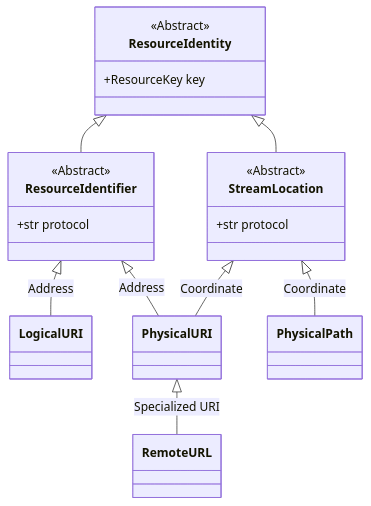
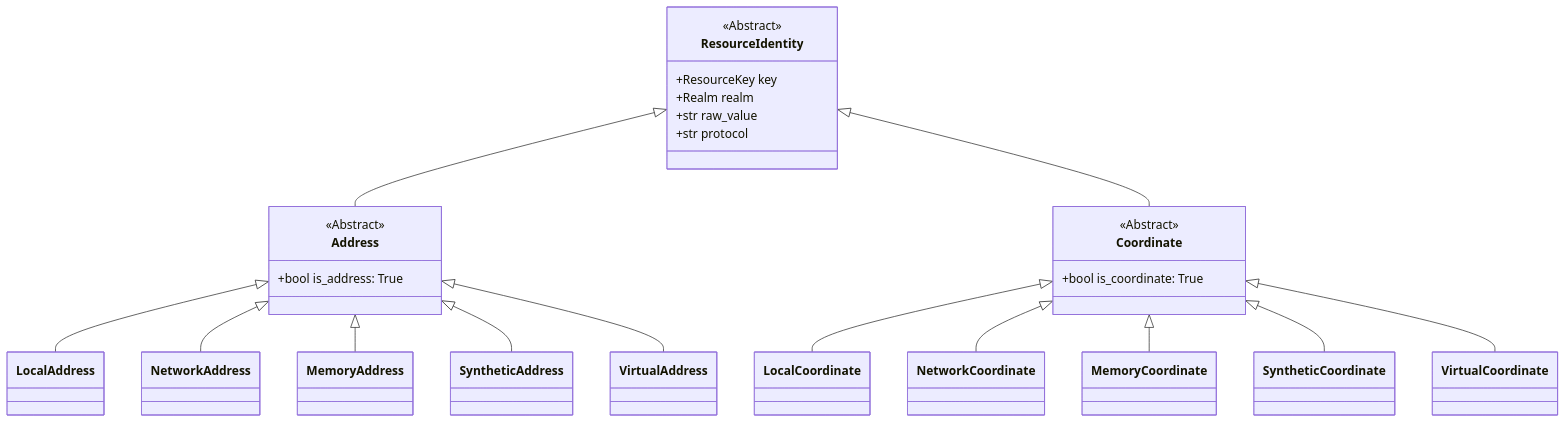
One commit to mnaatjes/etl-pipeline changed the diagram in docs/architecture/resource_identity_genealogy.md. Above: the diagram before and after it, drawn with Mermaid. The commit also changed other lines of this file and 19 other files, not shown here.

````diff
--- a/docs/architecture/resource_identity_genealogy.md
+++ b/docs/architecture/resource_identity_genealogy.md
@@ -11,33 +11,37 @@
 ```mermaid
 classDiagram
     class ResourceIdentity {
         <<Abstract>>
         +ResourceKey key
-    }
-
-    class ResourceIdentifier {
-        <<Abstract>>
+        +Realm realm
+        +str raw_value
         +str protocol
     }
 
-    class StreamLocation {
+    class Address {
         <<Abstract>>
-        +str protocol
+        +bool is_address: True
+    }
+
+    class Coordinate {
+        <<Abstract>>
+        +bool is_coordinate: True
     }
 
     %% Genealogy Hierarchy
-    ResourceIdentity <|-- ResourceIdentifier
-    ResourceIdentity <|-- StreamLocation
+    ResourceIdentity <|-- Address
+    ResourceIdentity <|-- Coordinate
 
-    %% Implementations (Addresses)
-    ResourceIdentifier <|-- LogicalURI : Address
-    
-    %% Dual-Nature (Hybrid)
-    ResourceIdentifier <|-- PhysicalURI : Address
-    StreamLocation <|-- PhysicalURI : Coordinate
-    
-    PhysicalURI <|-- RemoteURL : Specialized URI
+    %% Realm Implementations
+    Address <|-- LocalAddress
+    Address <|-- NetworkAddress
+    Address <|-- MemoryAddress
+    Address <|-- SyntheticAddress
+    Address <|-- VirtualAddress
 
-    %% Pure Coordinate
-    StreamLocation <|-- PhysicalPath : Coordinate
+    Coordinate <|-- LocalCoordinate
+    Coordinate <|-- NetworkCoordinate
+    Coordinate <|-- MemoryCoordinate
+    Coordinate <|-- SyntheticCoordinate
+    Coordinate <|-- VirtualCoordinate
 ```
````
